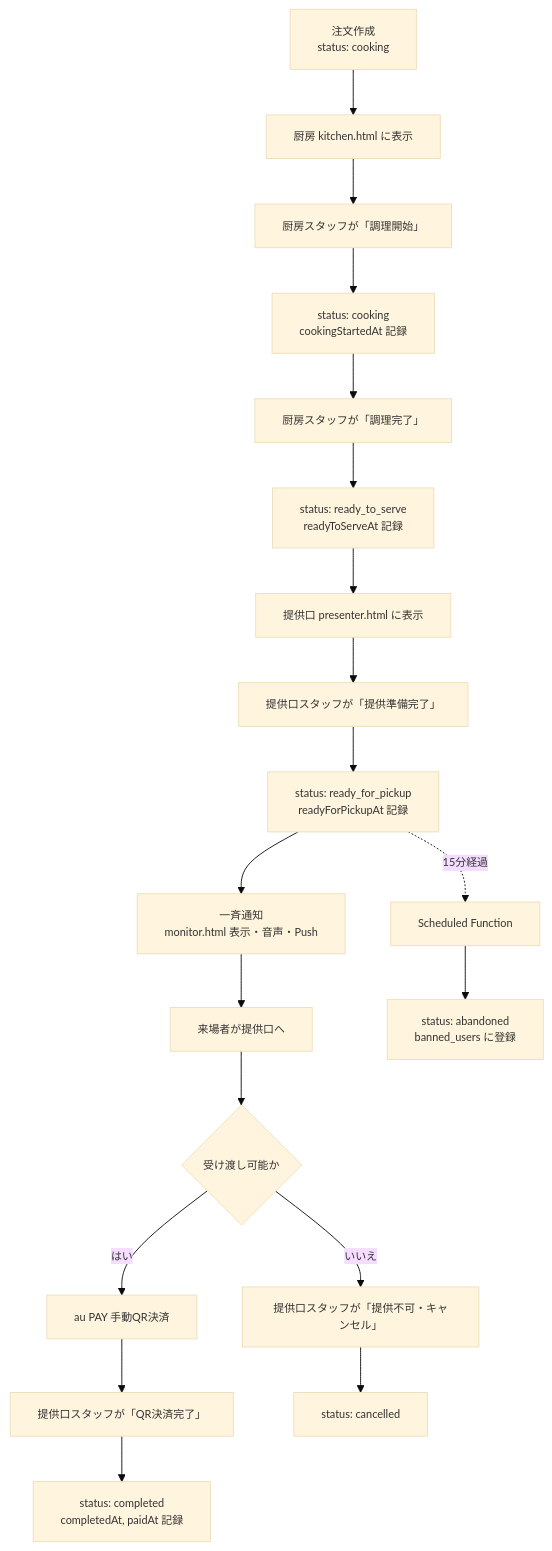
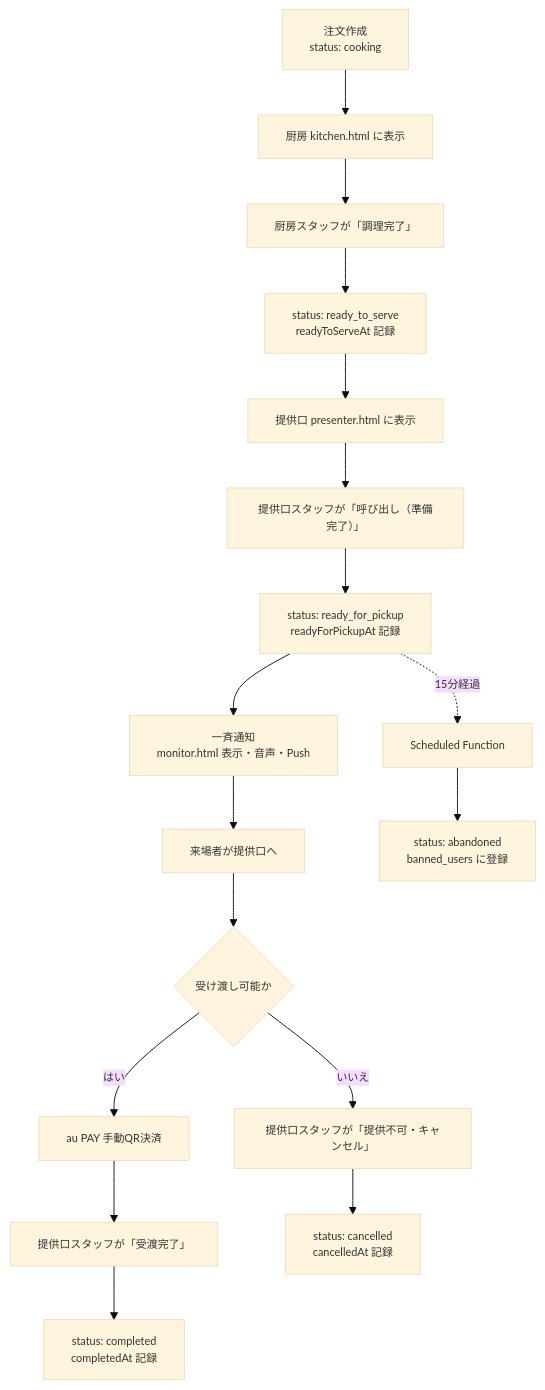
Diagram 13 of 17 in 設計図/南陵祭2026 POS・モバイルオーダーシステム 設計計画書.md (ynr-cs/nanryosai2026), drawn with Mermaid before and after one commit. The commit also changed other lines of this file and 14 other files, not shown here.

````diff
--- a/設計図/南陵祭2026 POS・モバイルオーダーシステム 設計計画書.md
+++ b/設計図/南陵祭2026 POS・モバイルオーダーシステム 設計計画書.md
@@ -3144,23 +3165,21 @@
 ```mermaid
 %%{init: {'theme': 'base', 'themeVariables': { 'fontSize': '12px' }}}%%
 flowchart TD
     A[注文作成<br/>status: cooking] --> B[厨房 kitchen.html に表示]
-    B --> C[厨房スタッフが「調理開始」]
-    C --> D[status: cooking<br/>cookingStartedAt 記録]
-    D --> E[厨房スタッフが「調理完了」]
-    E --> F[status: ready_to_serve<br/>readyToServeAt 記録]
-    F --> G[提供口 presenter.html に表示]
-    G --> H[提供口スタッフが「提供準備完了」]
-    H --> I[status: ready_for_pickup<br/>readyForPickupAt 記録]
-    I --> J[一斉通知<br/>monitor.html 表示・音声・Push]
-    J --> K[来場者が提供口へ]
-    K --> L{受け渡し可能か}
-    L -->|はい| M[au PAY 手動QR決済]
-    M --> N[提供口スタッフが「QR決済完了」]
-    N --> O[status: completed<br/>completedAt, paidAt 記録]
-    L -->|いいえ| P[提供口スタッフが「提供不可・キャンセル」]
-    P --> Q[status: cancelled]
-    
-    I -.->|15分経過| R[Scheduled Function]
-    R --> S[status: abandoned<br/>banned_users に登録]
+    B --> C[厨房スタッフが「調理完了」]
+    C --> D[status: ready_to_serve<br/>readyToServeAt 記録]
+    D --> E[提供口 presenter.html に表示]
+    E --> F[提供口スタッフが「呼び出し（準備完了）」]
+    F --> G[status: ready_for_pickup<br/>readyForPickupAt 記録]
+    G --> H[一斉通知<br/>monitor.html 表示・音声・Push]
+    H --> I[来場者が提供口へ]
+    I --> J{受け渡し可能か}
+    J -->|はい| K[au PAY 手動QR決済]
+    K --> L[提供口スタッフが「受渡完了」]
+    L --> M[status: completed<br/>completedAt 記録]
+    J -->|いいえ| N[提供口スタッフが「提供不可・キャンセル」]
+    N --> O[status: cancelled<br/>cancelledAt 記録]
+
+    G -.->|15分経過| P[Scheduled Function]
+    P --> Q[status: abandoned<br/>banned_users に登録]
 ```
````
